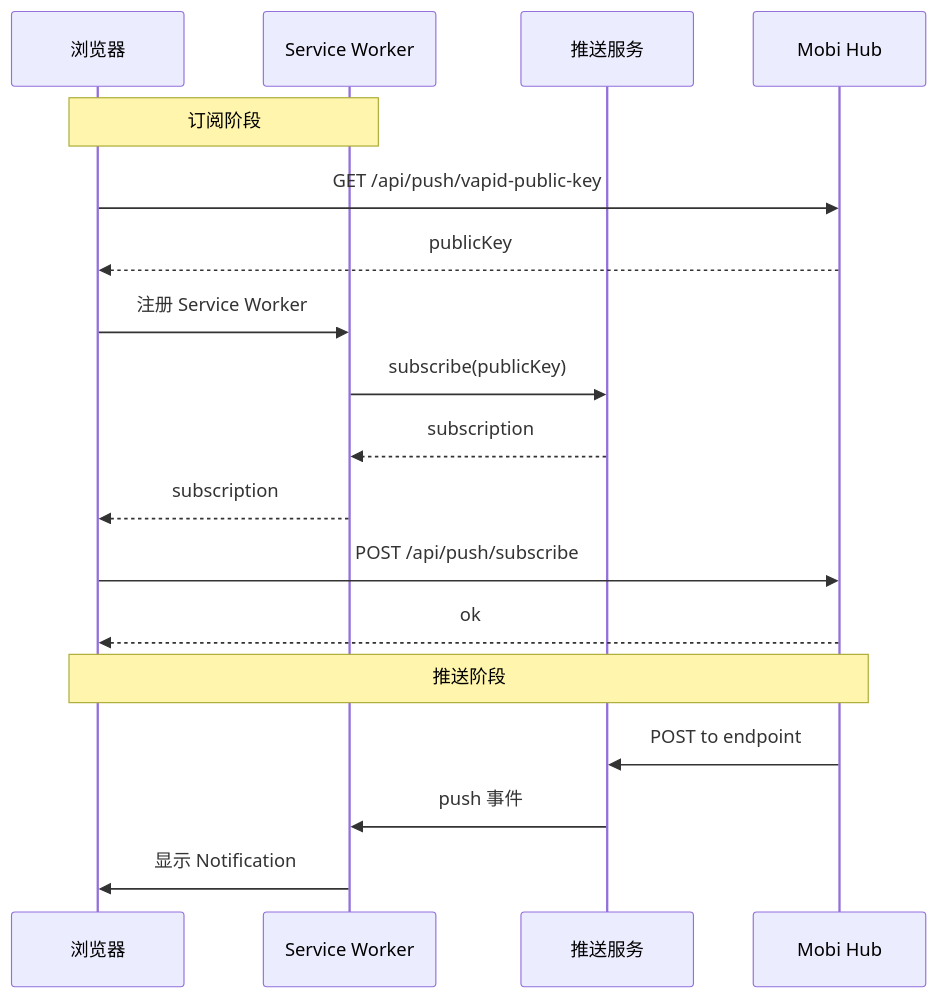
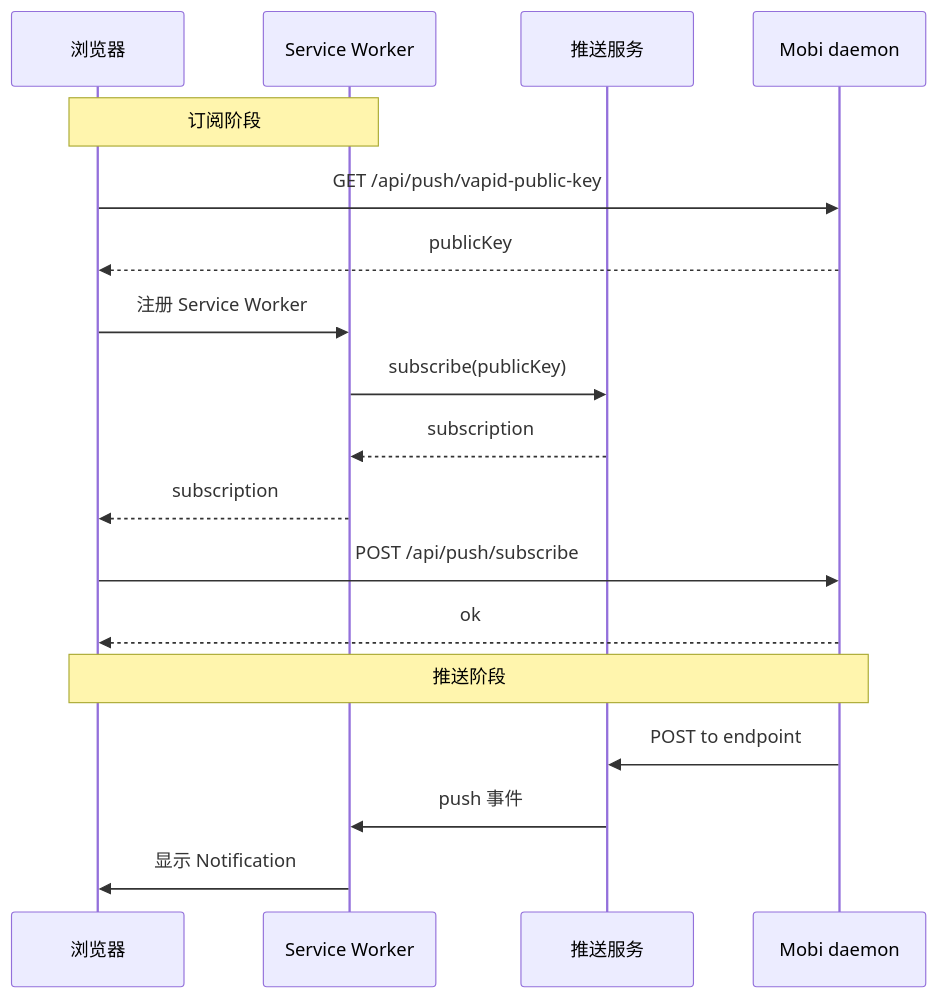
One commit to ModuBit/mobi changed the second of 8 diagrams in docs/architecture/daemon/push/README.md. Above: the diagram before and after it, drawn with Mermaid. The commit also changed other lines of this file and 86 other files, not shown here.

````diff
--- a/docs/architecture/daemon/push/README.md
+++ b/docs/architecture/daemon/push/README.md
@@ -34,22 +34,22 @@
 ```mermaid
 sequenceDiagram
     participant Browser as 浏览器
     participant SW as Service Worker
     participant PushService as 推送服务
-    participant Hub as Mobi Hub
+    participant daemon as Mobi daemon
 
     Note over Browser,SW: 订阅阶段
-    Browser->>Hub: GET /api/push/vapid-public-key
-    Hub-->>Browser: publicKey
+    Browser->>daemon: GET /api/push/vapid-public-key
+    daemon-->>Browser: publicKey
     Browser->>SW: 注册 Service Worker
     SW->>PushService: subscribe(publicKey)
     PushService-->>SW: subscription
     SW-->>Browser: subscription
-    Browser->>Hub: POST /api/push/subscribe
-    Hub-->>Browser: ok
+    Browser->>daemon: POST /api/push/subscribe
+    daemon-->>Browser: ok
 
-    Note over Hub,Browser: 推送阶段
-    Hub->>PushService: POST to endpoint
+    Note over daemon,Browser: 推送阶段
+    daemon->>PushService: POST to endpoint
     PushService->>SW: push 事件
     SW->>Browser: 显示 Notification
 ```
````
